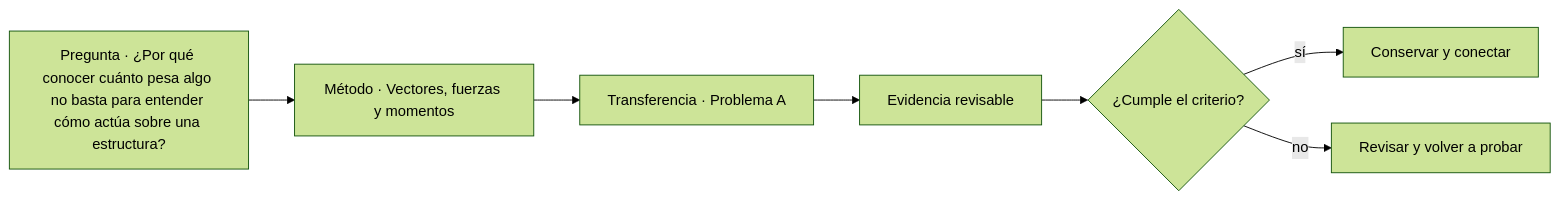
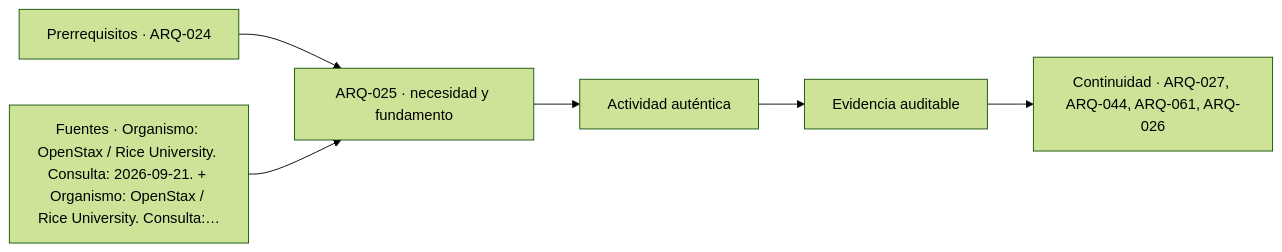
One commit to vladimiracunadev-create/architecture-built-environment-learning-program changed the diagram in classes/parte-03/ARQ-025.md. Above: the diagram before and after it, drawn with Mermaid (forest theme). The commit also changed other lines of this file and 761 other files, not shown here.

````diff
--- a/classes/parte-03/ARQ-025.md
+++ b/classes/parte-03/ARQ-025.md
@@ -116,9 +128,8 @@
 ```mermaid
 flowchart LR
-    Q["Pregunta · ¿Por qué conocer cuánto pesa algo no basta para entender cómo actúa sobre una estructura?"] --> M["Método · Vectores, fuerzas y momentos"]
-    M --> P["Transferencia · Problema A"]
-    P --> E["Evidencia revisable"]
-    E --> C{"¿Cumple el criterio?"}
-    C -->|sí| T["Conservar y conectar"]
-    C -->|no| R["Revisar y volver a probar"]
+    A["Prerrequisitos · ARQ-024"] --> B["ARQ-025 · necesidad y fundamento"]
+    S["Fuentes · Organismo: OpenStax / Rice University. Consulta: 2026-09-21. + Organismo: OpenStax / Rice University. Consulta:…"] --> B
+    B --> C["Actividad auténtica"]
+    C --> D["Evidencia auditable"]
+    D --> E["Continuidad · ARQ-027, ARQ-044, ARQ-061, ARQ-026"]
 ```
````
